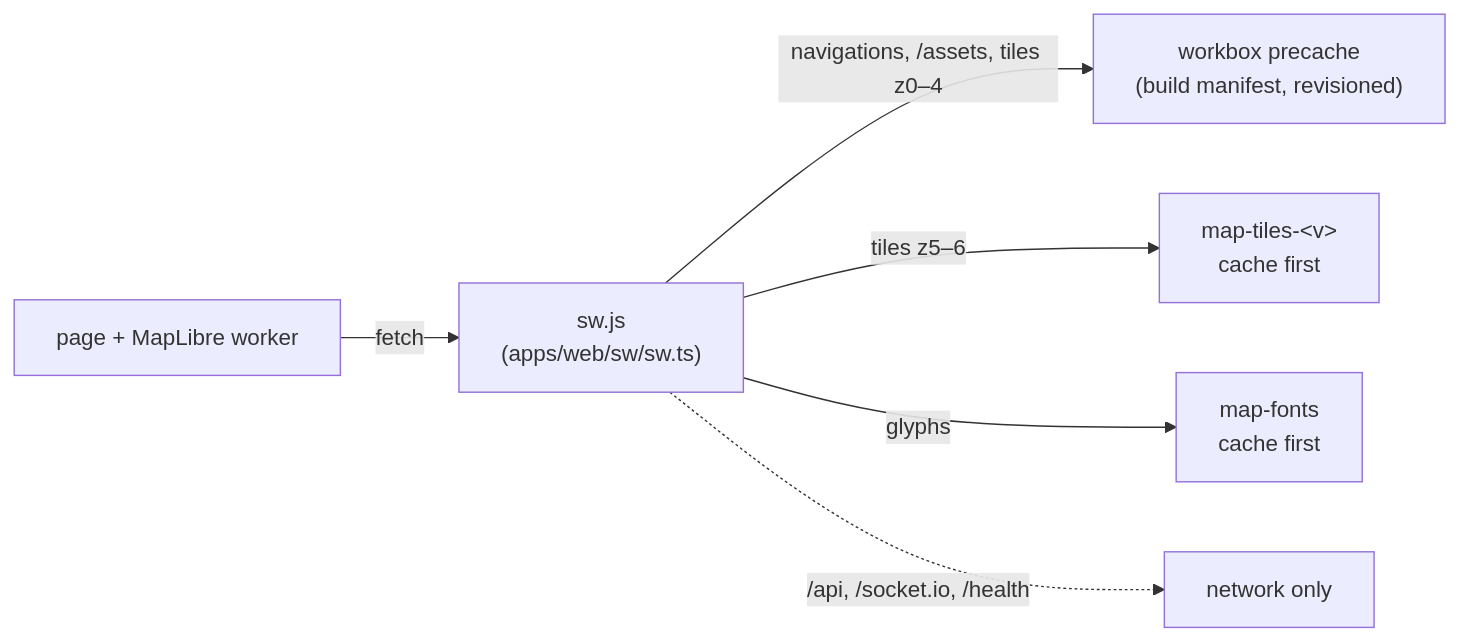
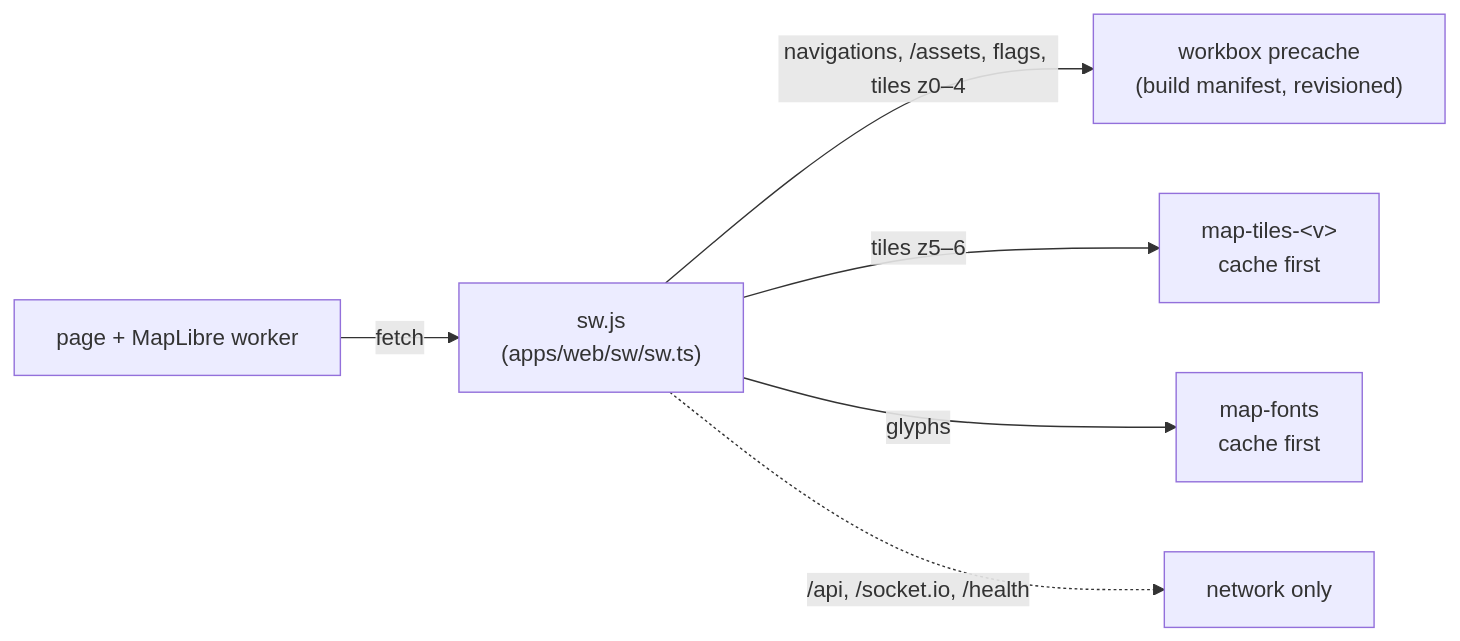
The diagram in docs/architecture/pwa.md (atamuratov07/georally-game), drawn with Mermaid before and after one commit. The commit also changed other lines of this file and 207 other files, not shown here.

````diff
--- a/docs/architecture/pwa.md
+++ b/docs/architecture/pwa.md
@@ -5,8 +5,8 @@
 ```mermaid
 graph LR
     Page["page + MapLibre worker"] -->|fetch| SW["sw.js<br/>(apps/web/sw/sw.ts)"]
-    SW -->|navigations, /assets, tiles z0–4| Precache["workbox precache<br/>(build manifest, revisioned)"]
+    SW -->|navigations, /assets, flags, tiles z0–4| Precache["workbox precache<br/>(build manifest, revisioned)"]
     SW -->|tiles z5–6| Tiles["map-tiles-&lt;v&gt;<br/>cache first"]
     SW -->|glyphs| Fonts["map-fonts<br/>cache first"]
     SW -.->|/api, /socket.io, /health| Network["network only"]
 ```
````
